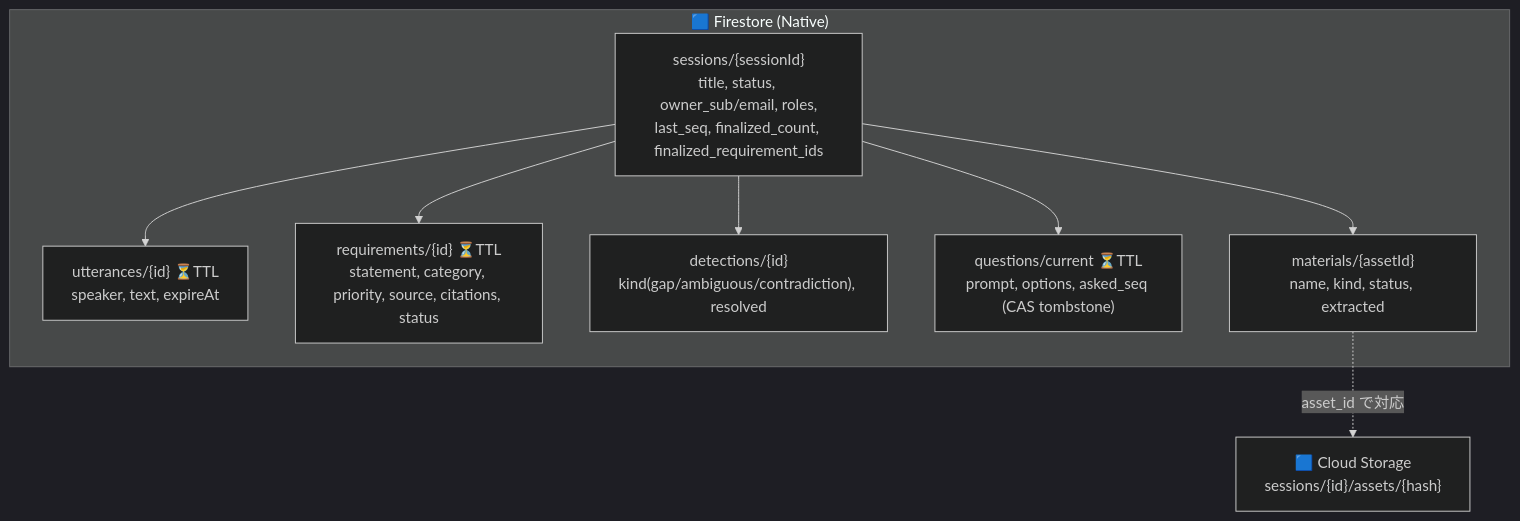
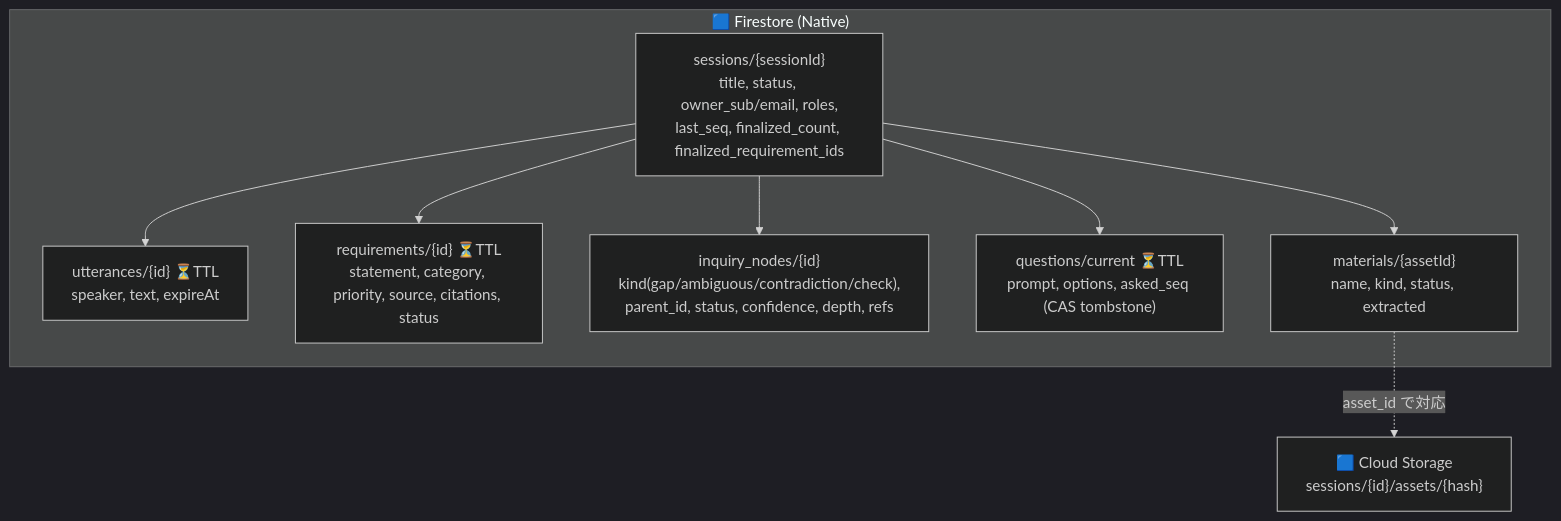
Before and after one commit to godhuu0505/sanba: diagram 11 of 13 in docs/reference/architecture-analysis.md, drawn with Mermaid (dark theme). The commit also changed other lines of this file and 10 other files, not shown here.

````diff
--- a/docs/reference/architecture-analysis.md
+++ b/docs/reference/architecture-analysis.md
@@ -481,18 +481,18 @@
 ```mermaid
 flowchart TB
   subgraph fs["🟦 Firestore (Native)"]
     S["sessions/{sessionId}<br/>title, status, owner_sub/email, roles,<br/>last_seq, finalized_count, finalized_requirement_ids"]
     U["utterances/{id} ⏳TTL<br/>speaker, text, expireAt"]
     R["requirements/{id} ⏳TTL<br/>statement, category, priority, source, citations, status"]
-    D["detections/{id}<br/>kind(gap/ambiguous/contradiction), resolved"]
+    D["inquiry_nodes/{id}<br/>kind(gap/ambiguous/contradiction/check),<br/>parent_id, status, confidence, depth, refs"]
     Q["questions/current ⏳TTL<br/>prompt, options, asked_seq (CAS tombstone)"]
     M["materials/{assetId}<br/>name, kind, status, extracted"]
     S --> U
     S --> R
     S --> D
     S --> Q
     S --> M
   end
   GCS["🟦 Cloud Storage<br/>sessions/{id}/assets/{hash}"]
   M -. "asset_id で対応" .-> GCS
 ```
````
